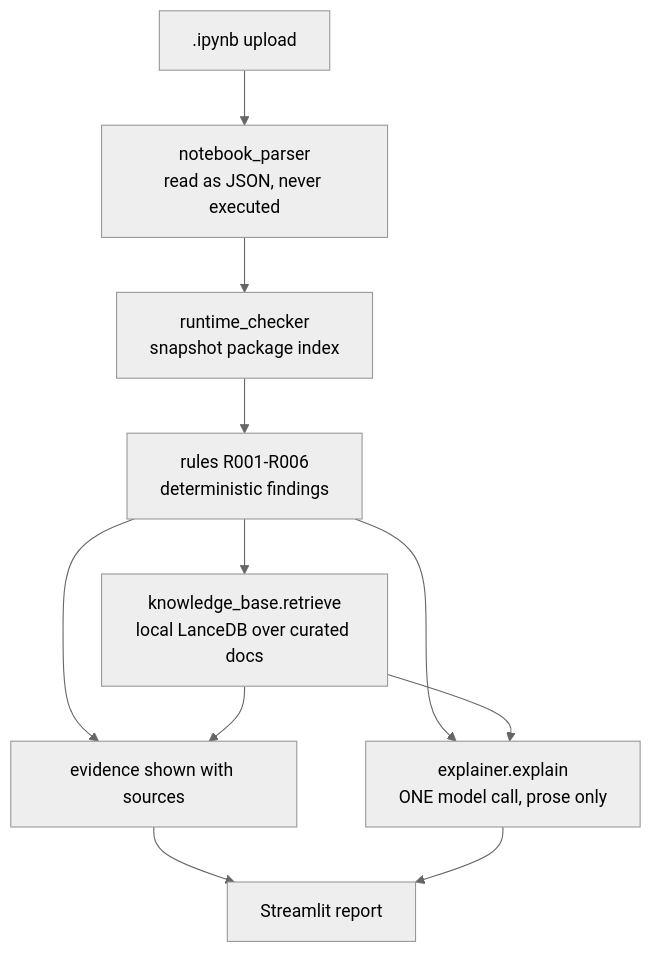
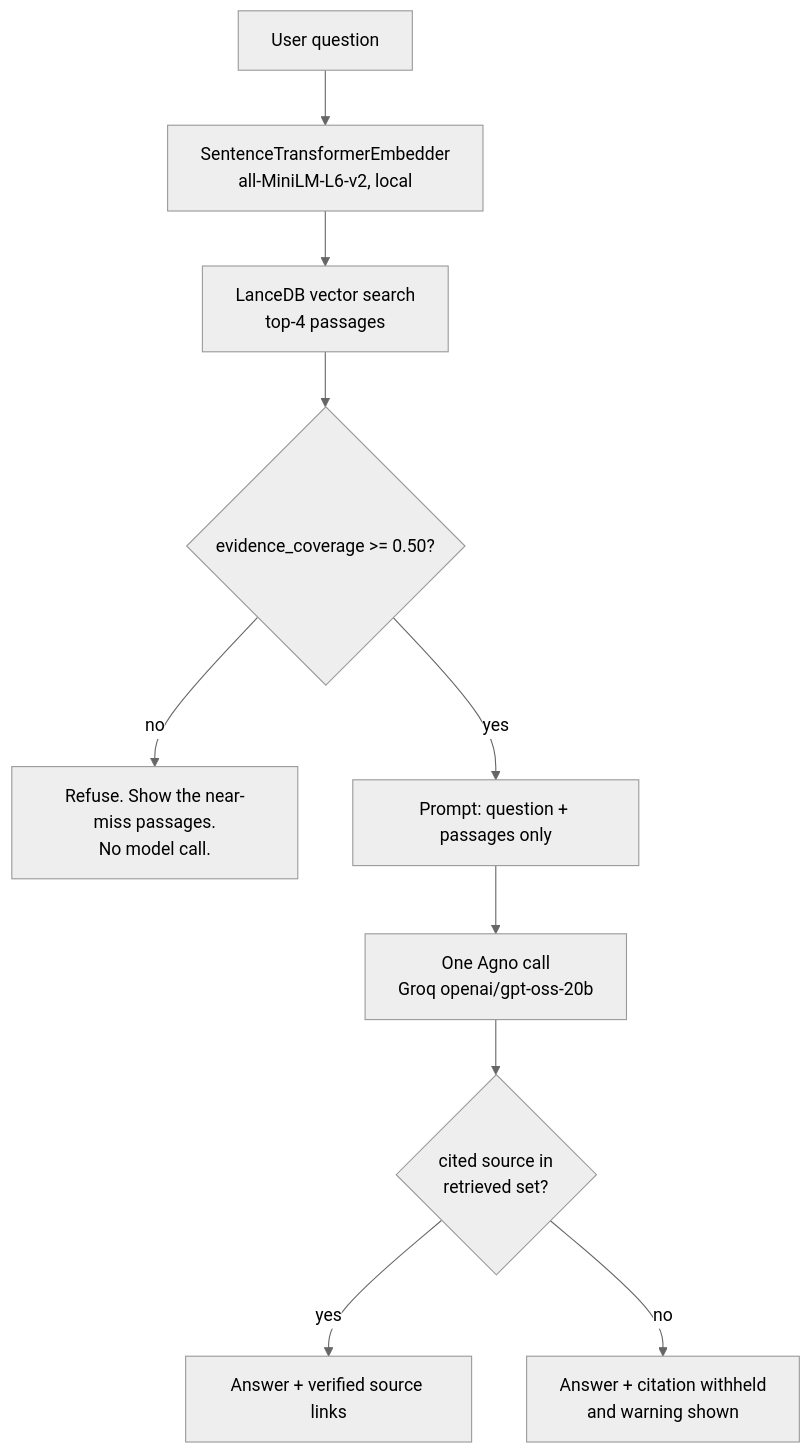
One commit to adeshtp/colab-notebook-compatibility-auditor changed the diagram in README.md. Above: the diagram before and after it, drawn with Mermaid (neutral theme). The commit also changed other lines of this file and 2 other files, not shown here.

````diff
--- a/README.md
+++ b/README.md
@@ -70,13 +94,12 @@
 ```mermaid
 flowchart TD
-    A[".ipynb upload"] --> B["notebook_parser<br/>read as JSON, never executed"]
-    B --> C["runtime_checker<br/>snapshot package index"]
-    C --> D["rules R001-R006<br/>deterministic findings"]
-    D --> E["knowledge_base.retrieve<br/>local LanceDB over curated docs"]
-    D --> F["evidence shown with sources"]
-    E --> F
-    D --> G["explainer.explain<br/>ONE model call, prose only"]
-    E --> G
-    F --> H["Streamlit report"]
-    G --> H
+    Q["User question"] --> E["SentenceTransformerEmbedder<br/>all-MiniLM-L6-v2, local"]
+    E --> V["LanceDB vector search<br/>top-4 passages"]
+    V --> G{"evidence_coverage >= 0.50?"}
+    G -- no --> R["Refuse. Show the near-miss passages.<br/>No model call."]
+    G -- yes --> P["Prompt: question + passages only"]
+    P --> L["One Agno call<br/>Groq openai/gpt-oss-20b"]
+    L --> C{"cited source in<br/>retrieved set?"}
+    C -- yes --> A["Answer + verified source links"]
+    C -- no --> A2["Answer + citation withheld<br/>and warning shown"]
 ```
````
